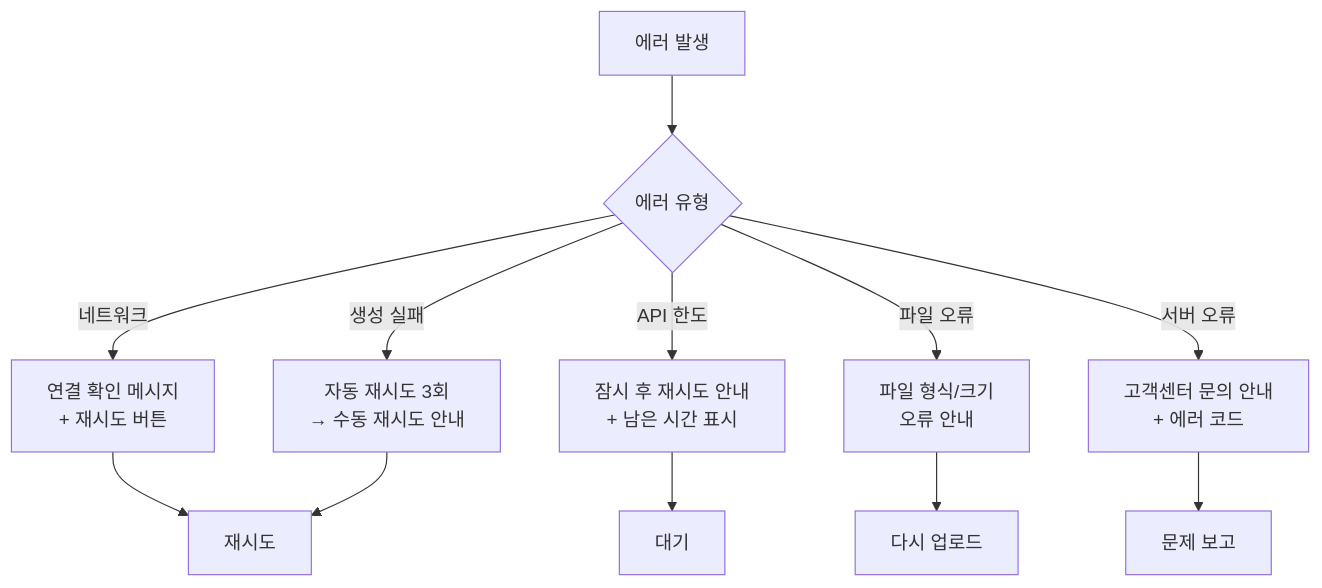
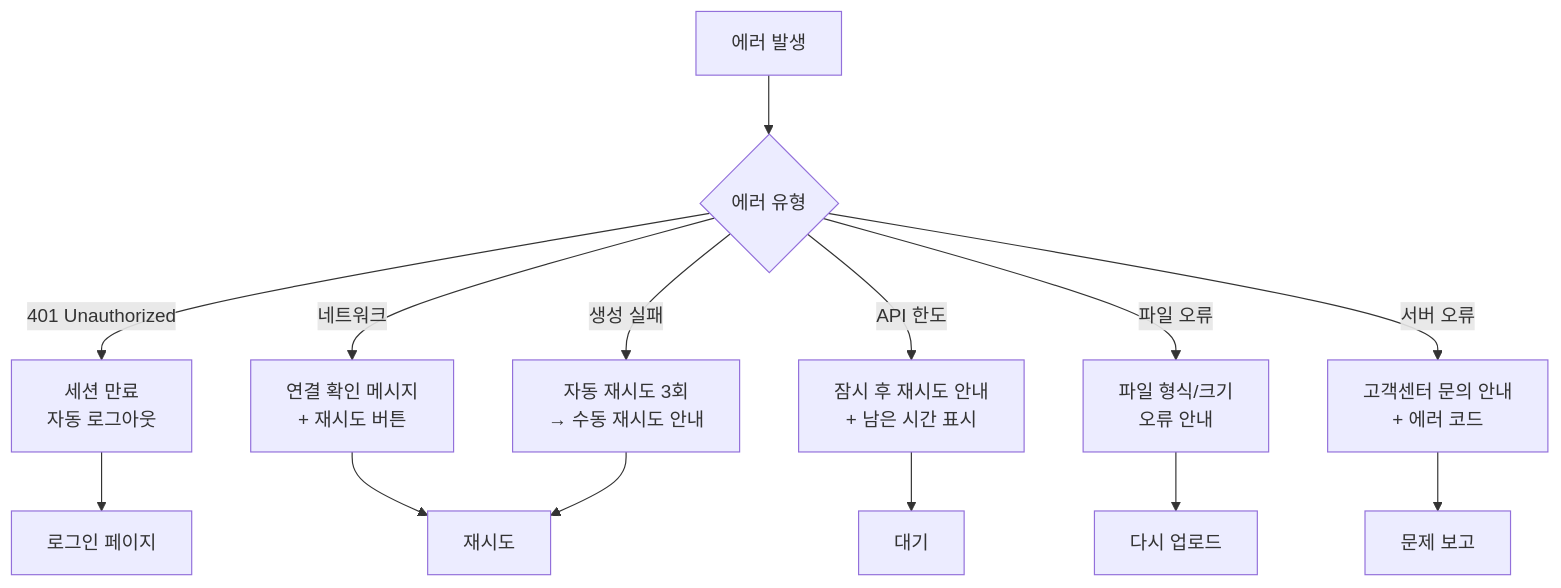
One commit to sangwopark19/icons-ai-mockup changed the tenth of 11 diagrams in docs/USER_JOURNEY.md. Above: the diagram before and after it, drawn with Mermaid. The commit also changed other lines of this file and 7 other files, not shown here.

````diff
--- a/docs/USER_JOURNEY.md
+++ b/docs/USER_JOURNEY.md
@@ -400,16 +454,18 @@
 ```mermaid
 flowchart TB
     Error[에러 발생] --> Type{에러 유형}
-    
+
+    Type -->|401 Unauthorized| AuthFail[세션 만료<br/>자동 로그아웃]
     Type -->|네트워크| Network[연결 확인 메시지<br/>+ 재시도 버튼]
     Type -->|API 한도| RateLimit[잠시 후 재시도 안내<br/>+ 남은 시간 표시]
     Type -->|생성 실패| GenFail[자동 재시도 3회<br/>→ 수동 재시도 안내]
     Type -->|파일 오류| FileFail[파일 형식/크기<br/>오류 안내]
     Type -->|서버 오류| ServerFail[고객센터 문의 안내<br/>+ 에러 코드]
-    
+
+    AuthFail --> Login[로그인 페이지]
     Network --> Retry[재시도]
     RateLimit --> Wait[대기]
     GenFail --> Retry
     FileFail --> Reupload[다시 업로드]
     ServerFail --> Report[문제 보고]
 ```
````
